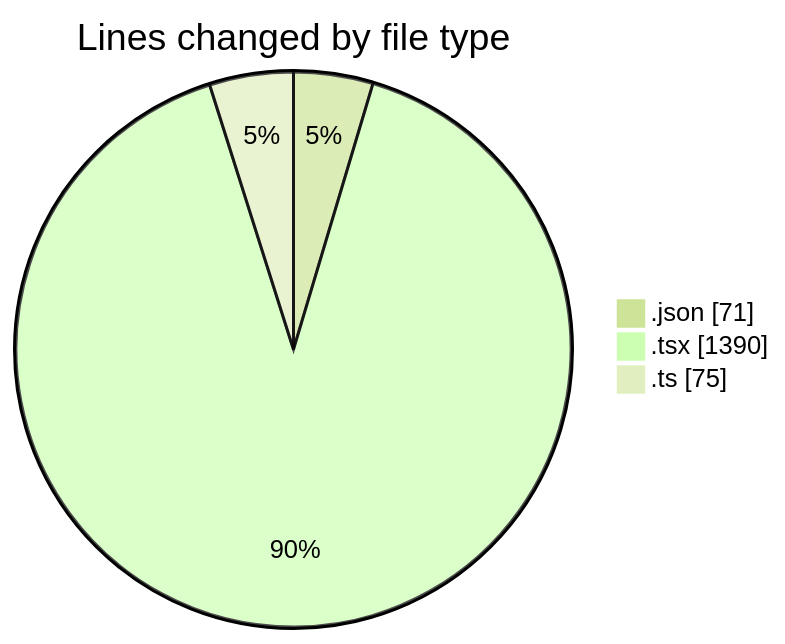
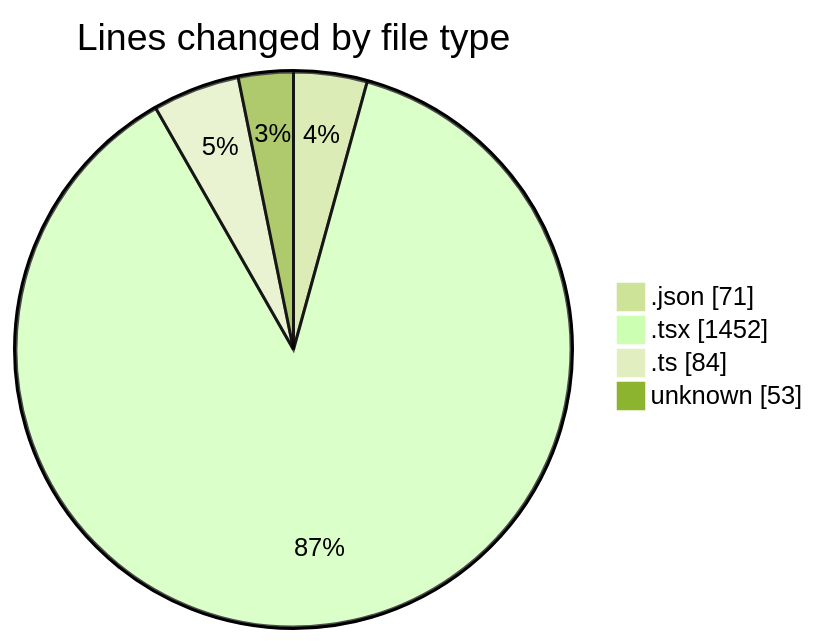
One commit to momahboobian/code-tracking changed the first of 2 diagrams in 2026-01-29/cda/README.md. Above: the diagram before and after it, drawn with Mermaid (forest theme). The commit also changed other lines of this file and 1 other file, not shown here.

````diff
--- a/2026-01-29/cda/README.md
+++ b/2026-01-29/cda/README.md
@@ -22,7 +23,8 @@
 ```mermaid
 pie showData
 title Lines changed by file type
 ".json" : 71
-".tsx" : 1390
-".ts" : 75
+".tsx" : 1452
+".ts" : 84
+"unknown" : 53
 ```
````
